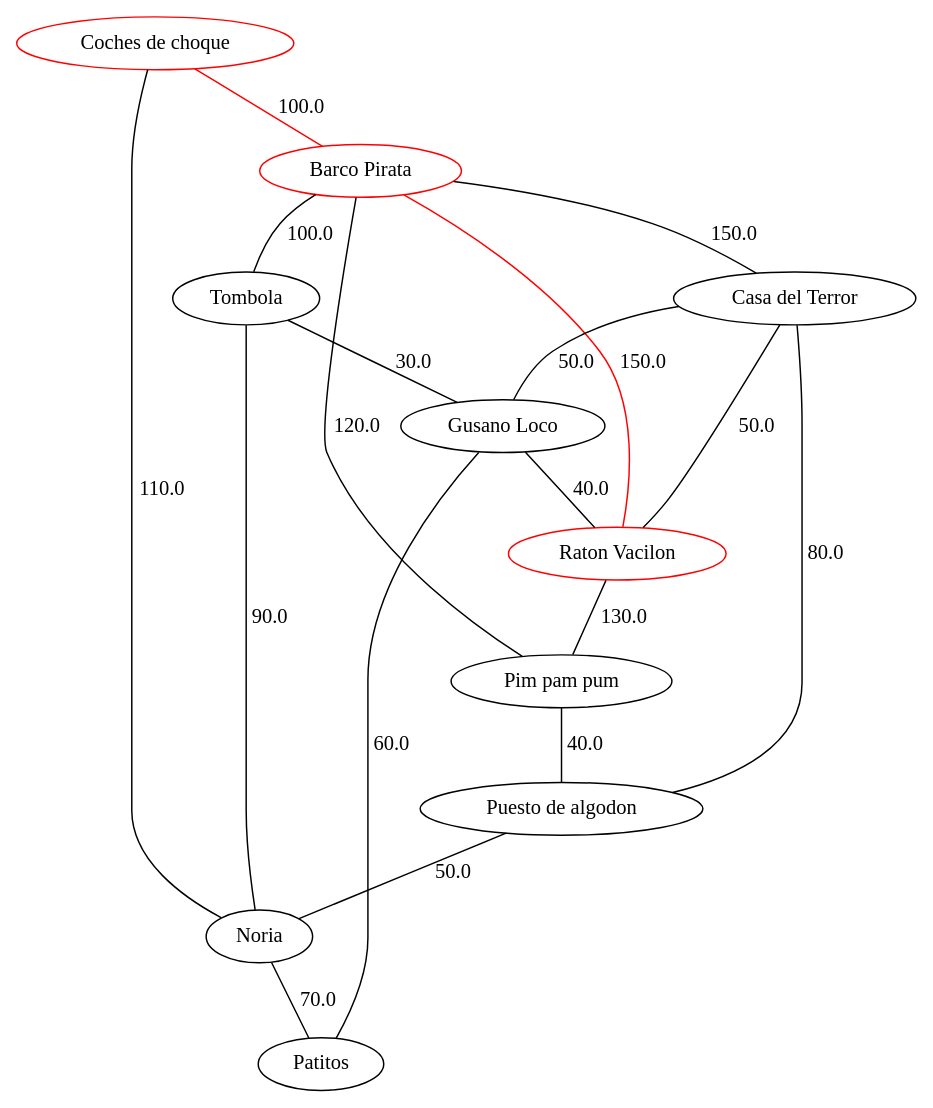
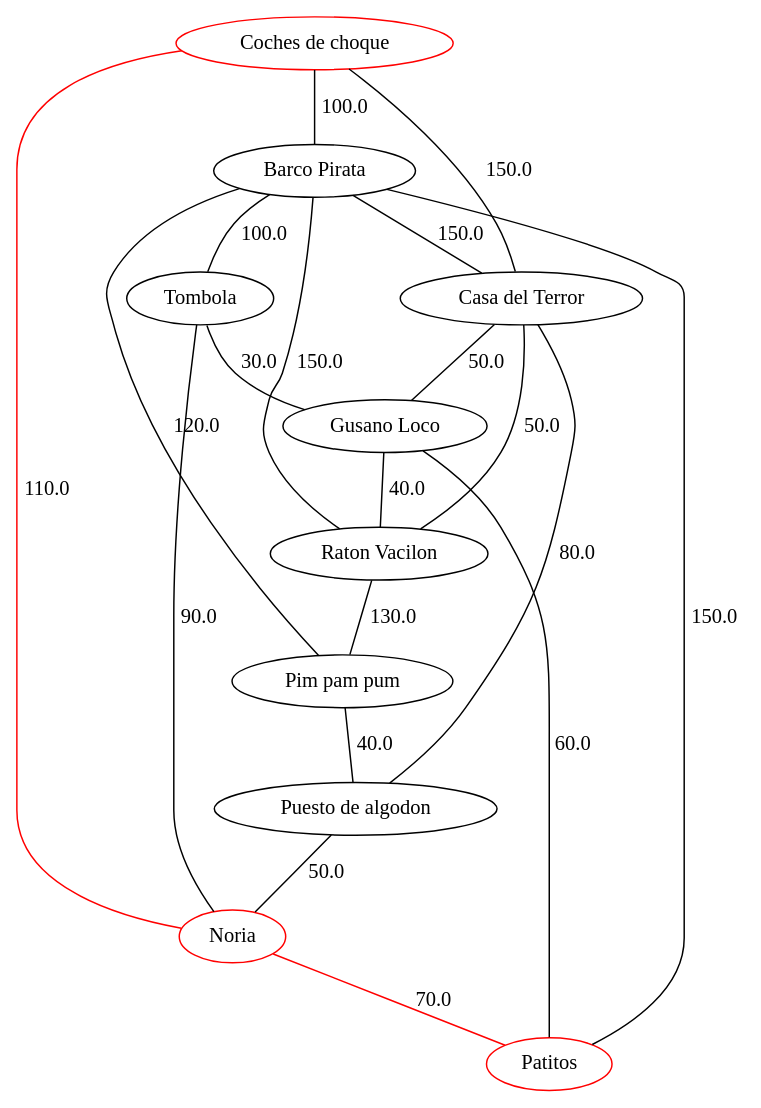
The diagram in PI3/resultados/ejercicio2/ejercicio2_2A.gv (Gabrielvcg/ADDA-PIX), drawn with Graphviz before and after one commit. The commit also changed 8 other files, not shown here.

```diff
--- a/PI3/resultados/ejercicio2/ejercicio2_2A.gv
+++ b/PI3/resultados/ejercicio2/ejercicio2_2A.gv
@@ -1,29 +1,31 @@
 strict graph G {
-  1 [ color="red" label="Barco Pirata" ];
+  1 [ label="Barco Pirata" ];
   2 [ label="Casa del Terror" ];
   3 [ label="Tombola" ];
   4 [ label="Gusano Loco" ];
-  5 [ color="red" label="Raton Vacilon" ];
+  5 [ label="Raton Vacilon" ];
   6 [ color="red" label="Coches de choque" ];
   7 [ label="Pim pam pum" ];
   8 [ label="Puesto de algodon" ];
-  9 [ label="Noria" ];
-  10 [ label="Patitos" ];
+  9 [ color="red" label="Noria" ];
+  10 [ color="red" label="Patitos" ];
   1 -- 2 [ label="150.0" ];
   1 -- 3 [ label="100.0" ];
-  1 -- 5 [ color="red" label="150.0" ];
+  1 -- 5 [ label="150.0" ];
   2 -- 5 [ label="50.0" ];
   3 -- 4 [ label="30.0" ];
   4 -- 5 [ label="40.0" ];
-  6 -- 1 [ color="red" label="100.0" ];
+  6 -- 2 [ label="150.0" ];
+  6 -- 1 [ label="100.0" ];
   2 -- 4 [ label="50.0" ];
   1 -- 7 [ label="120.0" ];
   2 -- 8 [ label="80.0" ];
   3 -- 9 [ label="90.0" ];
   4 -- 10 [ label="60.0" ];
   5 -- 7 [ label="130.0" ];
-  6 -- 9 [ label="110.0" ];
+  6 -- 9 [ color="red" label="110.0" ];
   7 -- 8 [ label="40.0" ];
   8 -- 9 [ label="50.0" ];
-  9 -- 10 [ label="70.0" ];
+  9 -- 10 [ color="red" label="70.0" ];
+  10 -- 1 [ label="150.0" ];
 }
```
